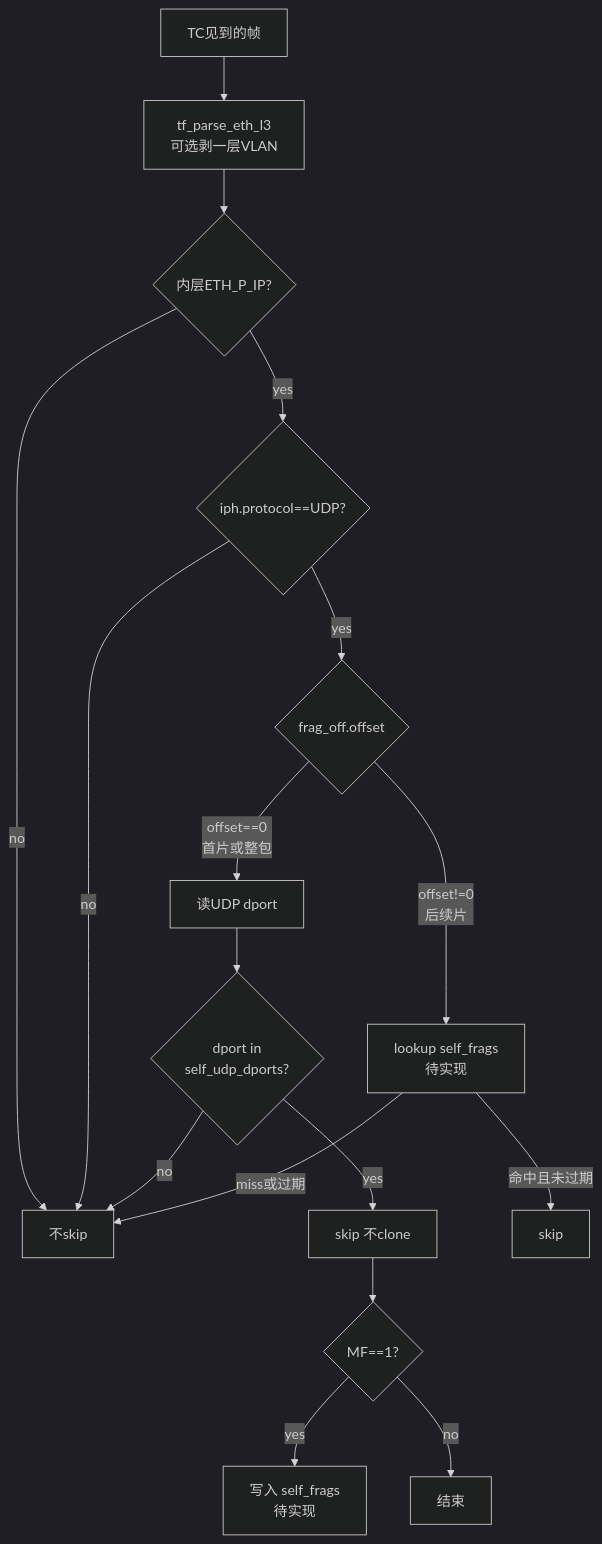
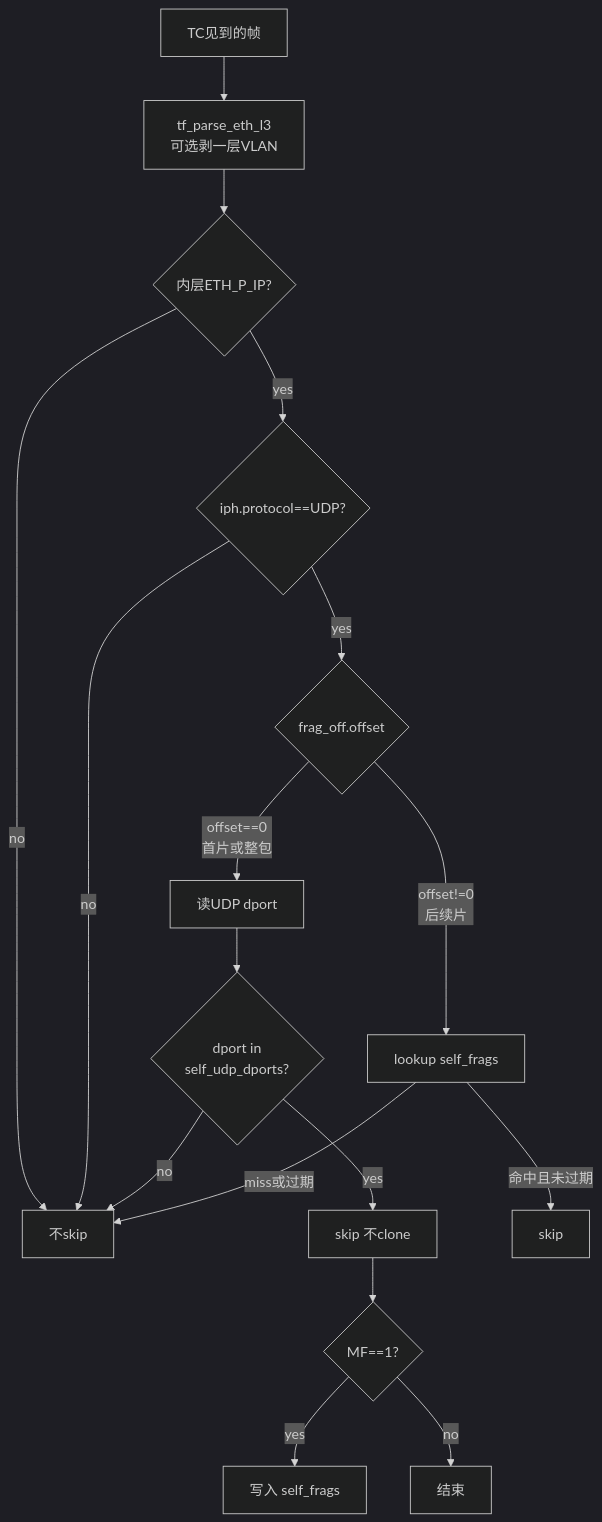
The diagram in docs/traffic-forwarding/self-traffic-filter-vlan-and-fragments.md (polychrome56/kindling-agent-workspace), drawn with Mermaid (dark theme) before and after one commit. The commit also changed other lines of this file and 3 other files, not shown here.

````diff
--- a/docs/traffic-forwarding/self-traffic-filter-vlan-and-fragments.md
+++ b/docs/traffic-forwarding/self-traffic-filter-vlan-and-fragments.md
@@ -33,19 +32,19 @@
 ```mermaid
 flowchart TD
   pkt[TC见到的帧] --> eth[tf_parse_eth_l3<br/>可选剥一层VLAN]
   eth --> ip4{内层ETH_P_IP?}
   ip4 -->|no| keep[不skip]
   ip4 -->|yes| udpproto{iph.protocol==UDP?}
   udpproto -->|no| keep
   udpproto -->|yes| frag{frag_off.offset}
   frag -->|"offset==0<br/>首片或整包"| udp[读UDP dport]
   udp --> dportHit{dport in<br/>self_udp_dports?}
   dportHit -->|no| keep
   dportHit -->|yes| skip1[skip 不clone]
   skip1 --> mf{MF==1?}
-  mf -->|yes| put[写入 self_frags<br/>待实现]
+  mf -->|yes| put[写入 self_frags]
   mf -->|no| endNode[结束]
-  frag -->|"offset!=0<br/>后续片"| look[lookup self_frags<br/>待实现]
+  frag -->|"offset!=0<br/>后续片"| look[lookup self_frags]
   look -->|命中且未过期| skip2[skip]
   look -->|miss或过期| keep
 ```
````
